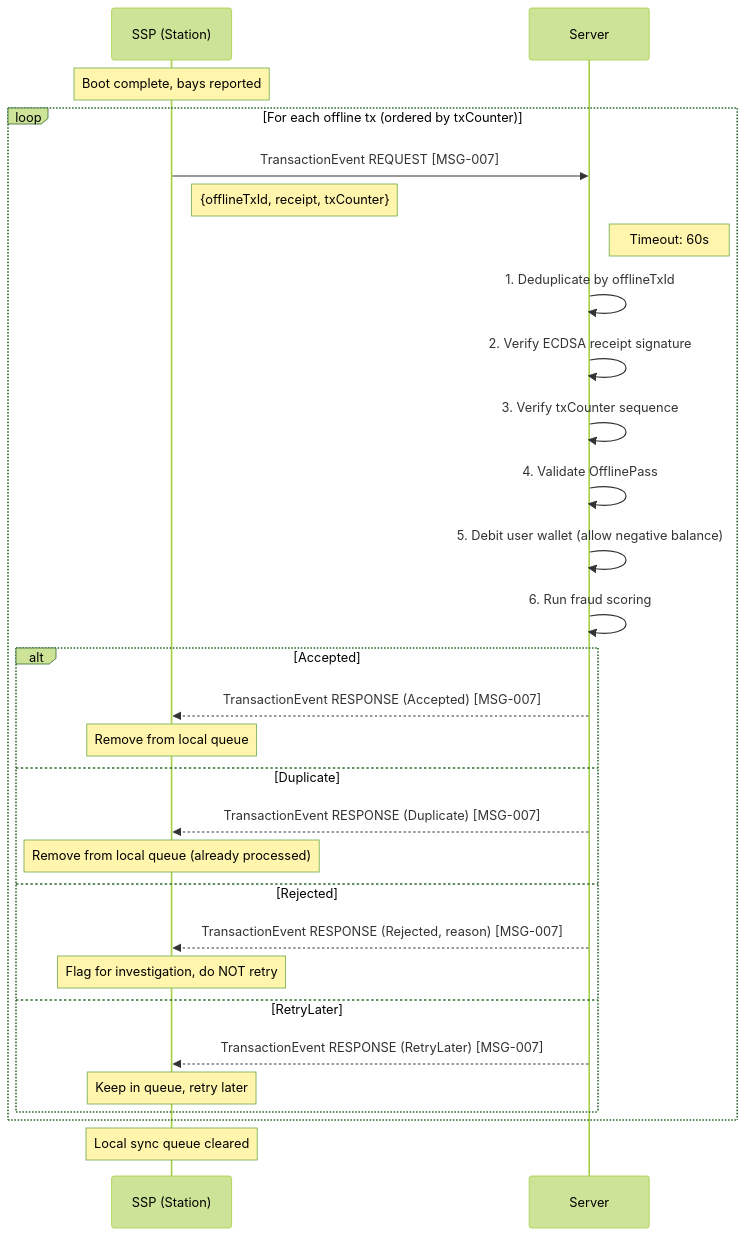
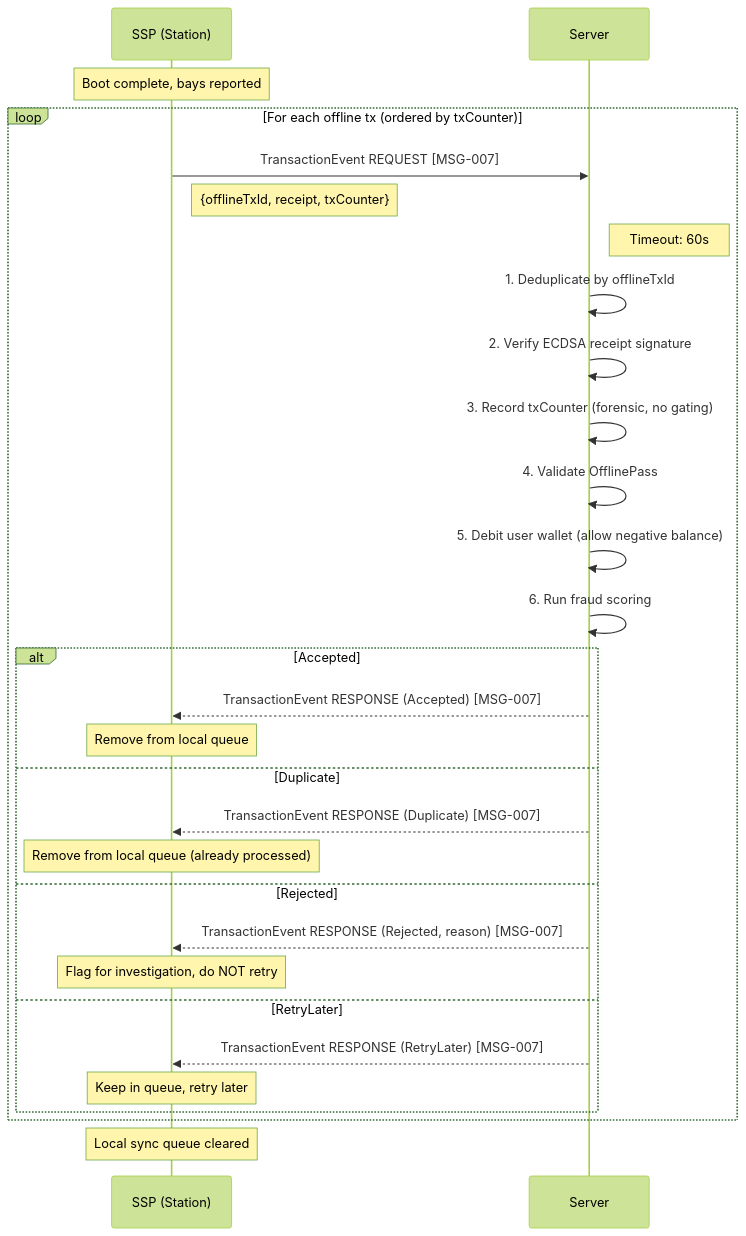
One commit to ospp-org/spec changed diagram 12 of 19 in spec/04-flows.md. Above: the diagram before and after it, drawn with Mermaid (forest theme). The commit also changed other lines of this file and 6 other files, not shown here.

````diff
--- a/spec/04-flows.md
+++ b/spec/04-flows.md
@@ -1343,36 +1343,36 @@
 ```mermaid
 sequenceDiagram
     participant SSP as SSP (Station)
     participant Server
 
     Note over SSP: Boot complete, bays reported
 
     loop For each offline tx (ordered by txCounter)
         SSP->>Server: TransactionEvent REQUEST [MSG-007]
         Note right of SSP: {offlineTxId, receipt, txCounter}
         Note right of Server: Timeout: 60s
 
         Server->>Server: 1. Deduplicate by offlineTxId
         Server->>Server: 2. Verify ECDSA receipt signature
-        Server->>Server: 3. Verify txCounter sequence
+        Server->>Server: 3. Record txCounter (forensic, no gating)
         Server->>Server: 4. Validate OfflinePass
         Server->>Server: 5. Debit user wallet (allow negative balance)
         Server->>Server: 6. Run fraud scoring
 
         alt Accepted
             Server-->>SSP: TransactionEvent RESPONSE (Accepted) [MSG-007]
             Note over SSP: Remove from local queue
         else Duplicate
             Server-->>SSP: TransactionEvent RESPONSE (Duplicate) [MSG-007]
             Note over SSP: Remove from local queue (already processed)
         else Rejected
             Server-->>SSP: TransactionEvent RESPONSE (Rejected, reason) [MSG-007]
             Note over SSP: Flag for investigation, do NOT retry
         else RetryLater
             Server-->>SSP: TransactionEvent RESPONSE (RetryLater) [MSG-007]
             Note over SSP: Keep in queue, retry later
         end
     end
 
     Note over SSP: Local sync queue cleared
 ```
````
